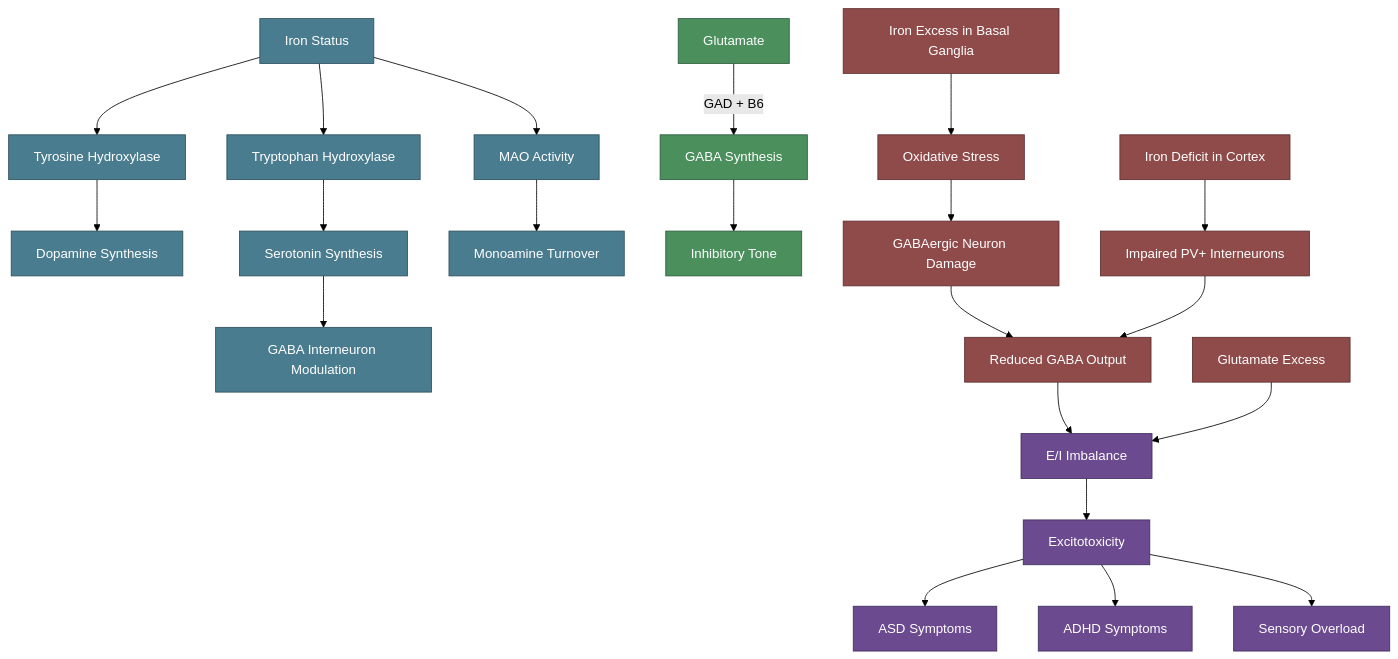
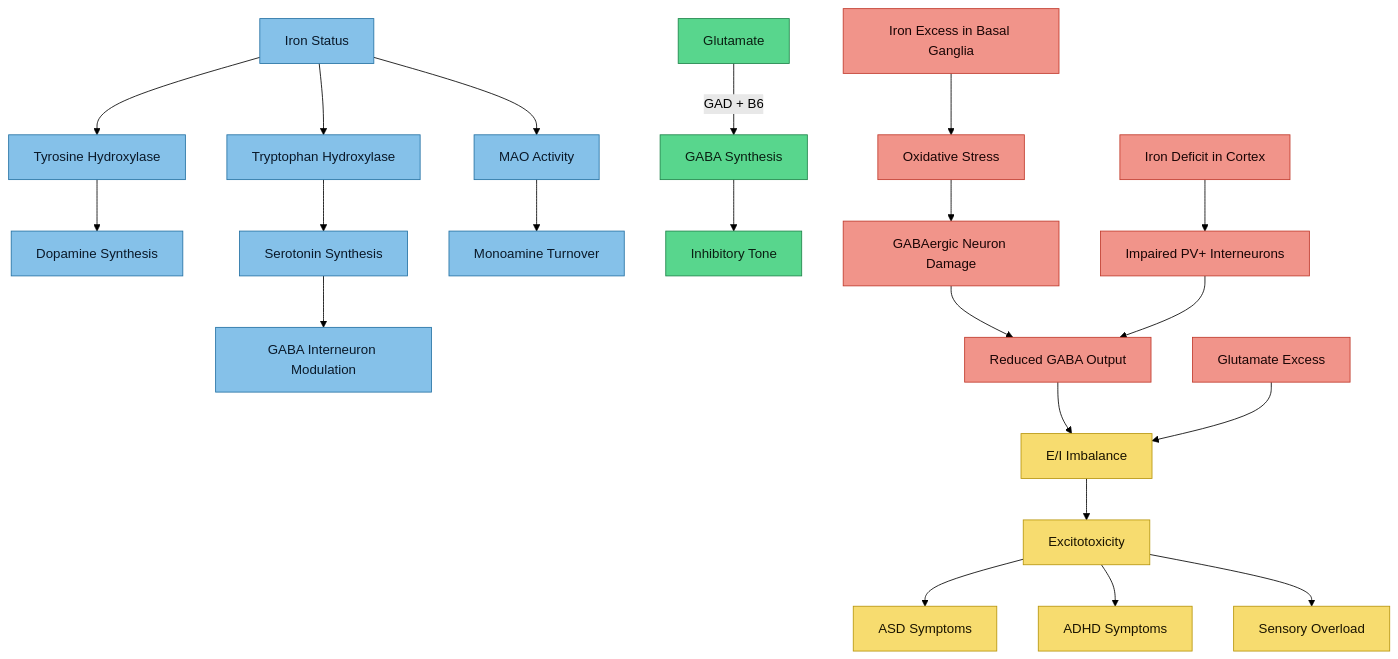
Before and after one commit to Aegis-commits/ag-hfe-adhd-asd-research: the diagram in research/Iron and GABAergic Function.md, drawn with Mermaid (forest theme). The commit also changed 39 other files, not shown here.

First line of the commit message:
docs(vault): standardise diagram colours for light-mode readability, add MOC quick nav

````diff
--- a/research/Iron and GABAergic Function.md
+++ b/research/Iron and GABAergic Function.md
@@ -37,37 +37,37 @@
 ```mermaid
 flowchart TD
     A[Iron Status] --> B[Tyrosine Hydroxylase]
     A --> C[Tryptophan Hydroxylase]
     A --> D[MAO Activity]
     B --> E[Dopamine Synthesis]
     C --> F[Serotonin Synthesis]
     F --> G[GABA Interneuron Modulation]
     D --> H[Monoamine Turnover]
 
     I[Glutamate] -->|GAD + B6| J[GABA Synthesis]
     J --> K[Inhibitory Tone]
 
     L[Iron Excess in Basal Ganglia] --> M[Oxidative Stress]
     M --> N[GABAergic Neuron Damage]
     N --> O[Reduced GABA Output]
 
     P[Iron Deficit in Cortex] --> Q[Impaired PV+ Interneurons]
     Q --> O
 
     O --> R[E/I Imbalance]
     S[Glutamate Excess] --> R
     R --> T[Excitotoxicity]
     T --> U[ASD Symptoms]
     T --> V[ADHD Symptoms]
     T --> W[Sensory Overload]
 
-    classDef normal fill:#4a7c8f,stroke:#2d4f5c,color:#fff
-    classDef damage fill:#8f4a4a,stroke:#5c2d2d,color:#fff
-    classDef outcome fill:#6b4a8f,stroke:#3f2d5c,color:#fff
-    classDef gaba fill:#4a8f5c,stroke:#2d5c3f,color:#fff
+    classDef normal fill:#85c1e9,stroke:#2471a3,color:#0a1929
+    classDef damage fill:#f1948a,stroke:#c0392b,color:#1a0505
+    classDef outcome fill:#f7dc6f,stroke:#b7950b,color:#1a1400
+    classDef gaba fill:#58d68d,stroke:#1e8449,color:#0a1f12
 
     class A,B,C,D,E,F,G,H normal
     class I,J,K gaba
     class L,M,N,O,P,Q,S damage
     class R,T,U,V,W outcome
 ```
````
